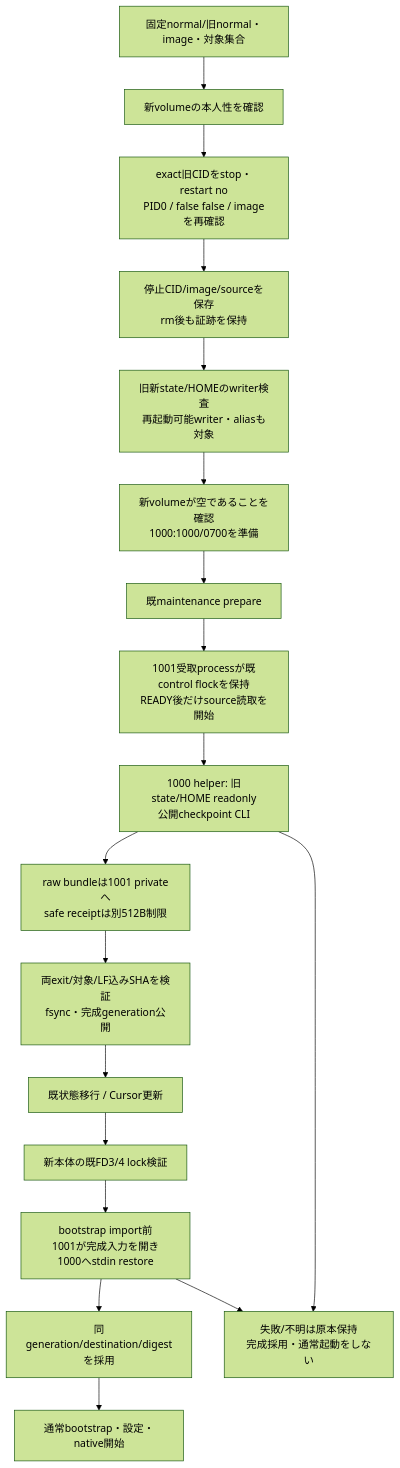
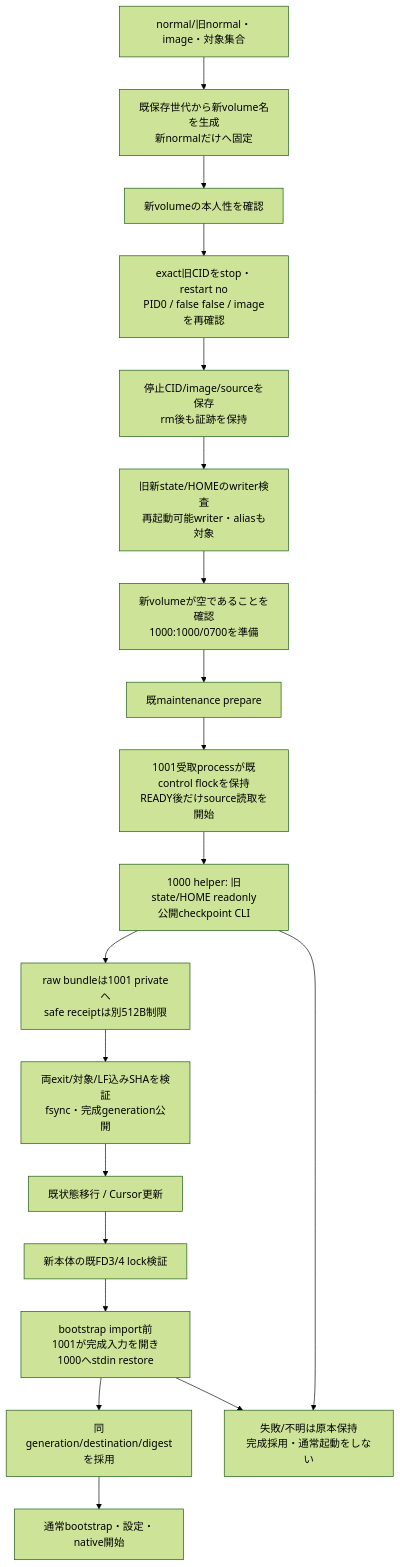
The diagram in docs/architecture/modules/runtime/resume.md (kitepon/BellTeam), drawn with Mermaid (forest theme) before and after one commit. The commit also changed other lines of this file and 4 other files, not shown here.

````diff
--- a/docs/architecture/modules/runtime/resume.md
+++ b/docs/architecture/modules/runtime/resume.md
@@ -13,20 +13,21 @@
 ```mermaid
 flowchart TD
-  Model[固定normal/旧normal・image・対象集合] --> New[新volumeの本人性を確認]
+  Model[normal/旧normal・image・対象集合] --> Select[既保存世代から新volume名を生成<br/>新normalだけへ固定]
+  Select --> New[新volumeの本人性を確認]
   New --> Stop[exact旧CIDをstop・restart no<br/>PID0 / false false / imageを再確認]
   Stop --> Proof[停止CID/image/sourceを保存<br/>rm後も証跡を保持]
   Proof --> Writers[旧新state/HOMEのwriter検査<br/>再起動可能writer・aliasも対象]
   Writers --> Initialize[新volumeが空であることを確認<br/>1000:1000/0700を準備]
   Initialize --> Prepare[既maintenance prepare]
   Prepare --> Lock[1001受取processが既control flockを保持<br/>READY後だけsource読取を開始]
   Lock --> Product[1000 helper: 旧state/HOME readonly<br/>公開checkpoint CLI]
   Product --> Pipe[raw bundleは1001 privateへ<br/>safe receiptは別512B制限]
   Pipe --> Complete[両exit/対象/LF込みSHAを検証<br/>fsync・完成generation公開]
   Complete --> Migration[既状態移行 / Cursor更新]
   Migration --> Boot[新本体の既FD3/4 lock検証]
   Boot --> Restore[bootstrap import前<br/>1001が完成入力を開き1000へstdin restore]
   Restore --> Adopt[同generation/destination/digestを採用]
   Adopt --> Normal[通常bootstrap・設定・native開始]
   Product --> Fail[失敗/不明は原本保持<br/>完成採用・通常起動をしない]
   Restore --> Fail
 ```
````
